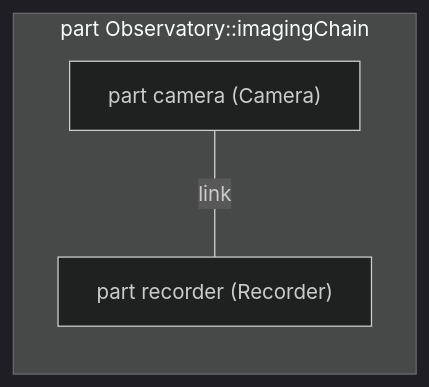
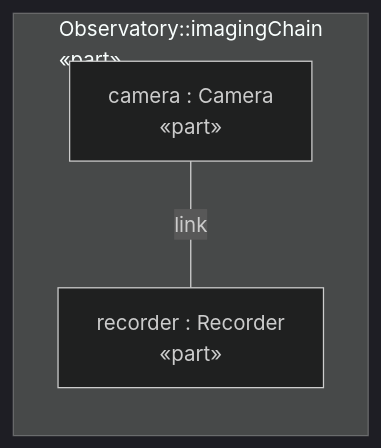
The first of 2 diagrams in internal/core/docrender/testdata/telescope_report.golden.md (Open-MBEE/OpenSysML), drawn with Mermaid (dark theme) before and after one commit. The commit also changed other lines of this file and 59 other files, not shown here.

First line of the commit message:
feat(view): lead diagram node labels with the element's name

````diff
--- a/internal/core/docrender/testdata/telescope_report.golden.md
+++ b/internal/core/docrender/testdata/telescope_report.golden.md
@@ -88,9 +88,9 @@
 ```mermaid
 %% Observatory::interconnectView — interconnection rendering (render asInterconnectionDiagram)
 flowchart LR
-  subgraph n0 ["part Observatory::imagingChain"]
-    n1["part camera (Camera)"]
-    n2["part recorder (Recorder)"]
+  subgraph n0 ["Observatory::imagingChain<br>«part»"]
+    n1["camera : Camera<br>«part»"]
+    n2["recorder : Recorder<br>«part»"]
   end
   n1 ---|"link"| n2
 ```
````
